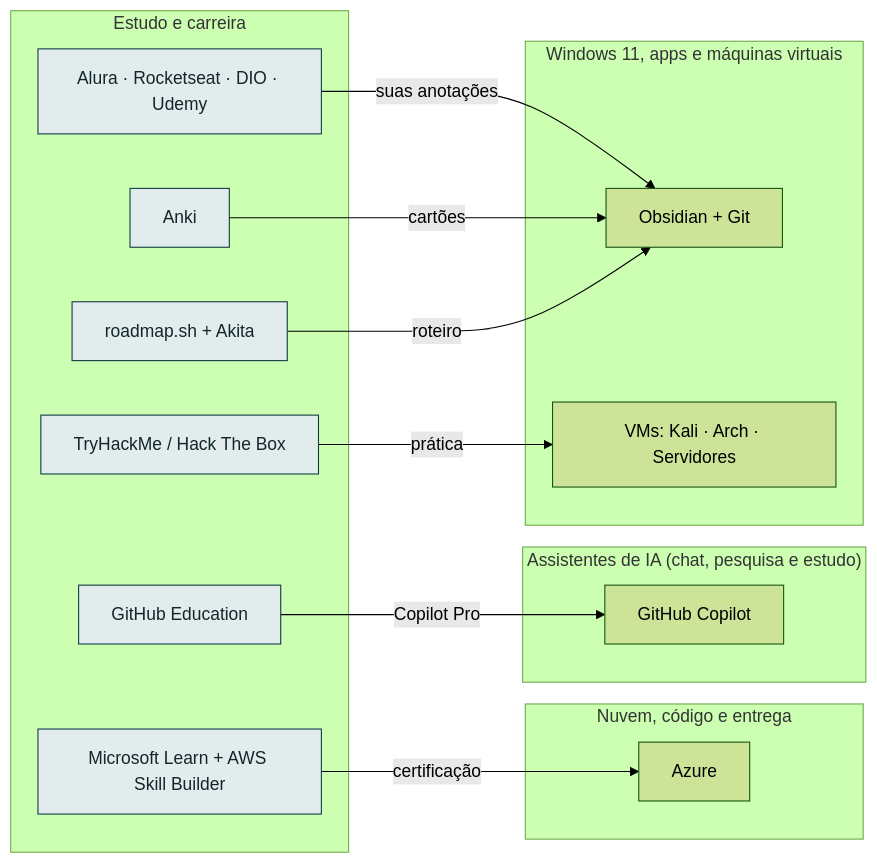
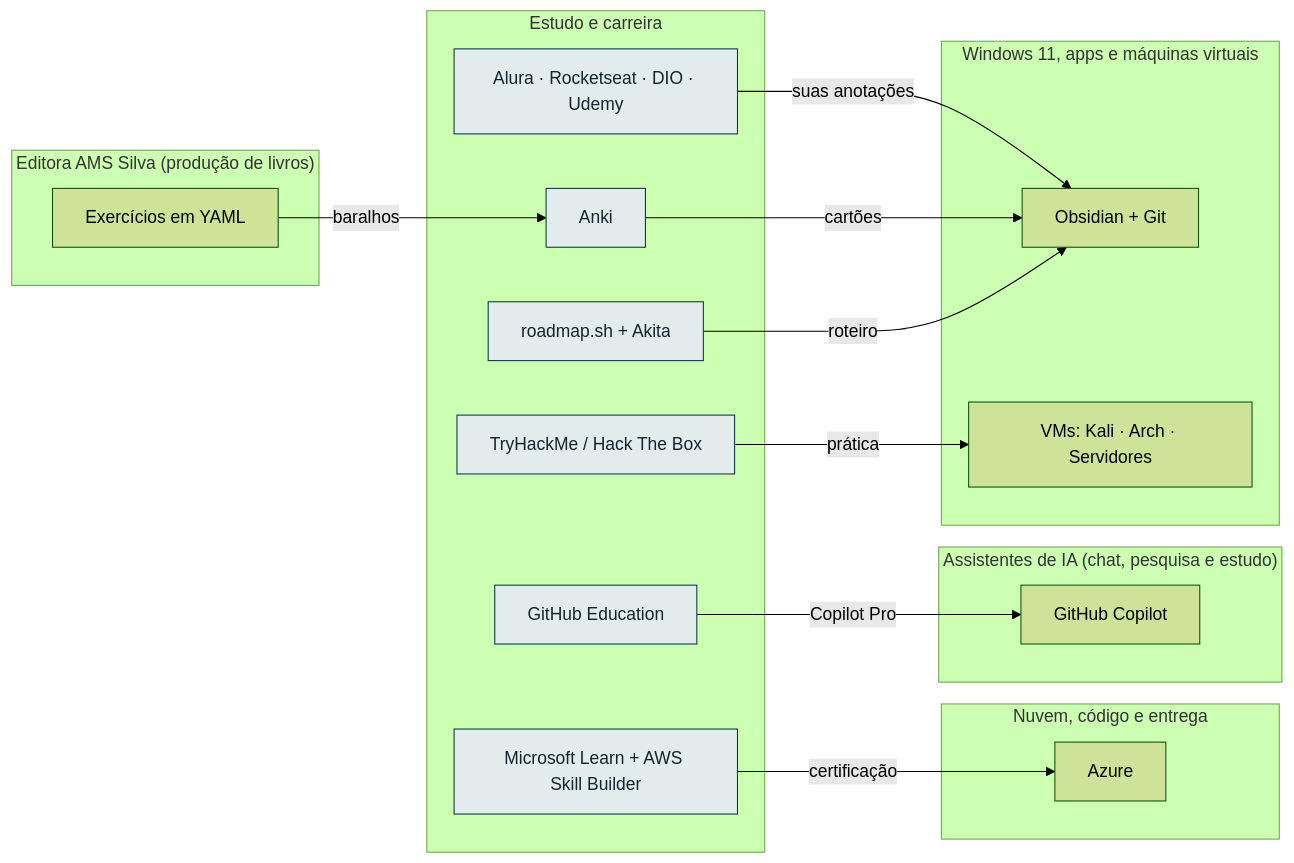
The diagram in docs/camadas/13-est.md (AlanMateus17/dev-setup), drawn with Mermaid (forest theme) before and after one commit. The commit also changed other lines of this file and 39 other files, not shown here.

First line of the commit message:
feat: Editora AMS Silva dentro do setup

````diff
--- a/docs/camadas/13-est.md
+++ b/docs/camadas/13-est.md
@@ -14,29 +14,33 @@
 ```mermaid
 flowchart LR
   subgraph L_est["Estudo e carreira"]
     n_learn["Microsoft Learn + AWS Skill Builder"]
     n_thm["TryHackMe / Hack The Box"]
     n_plat["Alura · Rocketseat · DIO · Udemy"]
     n_anki["Anki"]
     n_road["roadmap.sh + Akita"]
     n_ghed["GitHub Education"]
+  end
+  subgraph L_editora["Editora AMS Silva (produção de livros)"]
+    n_exyaml["Exercícios em YAML"]
   end
   subgraph L_nuvem["Nuvem, código e entrega"]
     n_azure["Azure"]
   end
   subgraph L_chat["Assistentes de IA (chat, pesquisa e estudo)"]
     n_copi["GitHub Copilot"]
   end
   subgraph L_win["Windows 11, apps e máquinas virtuais"]
     n_obsd["Obsidian + Git"]
     n_vms["VMs: Kali · Arch · Servidores"]
   end
   n_learn -->|"certificação"| n_azure
   n_thm -->|"prática"| n_vms
   n_plat -->|"suas anotações"| n_obsd
   n_anki -->|"cartões"| n_obsd
+  n_exyaml -->|"baralhos"| n_anki
   n_road -->|"roteiro"| n_obsd
   n_ghed -->|"Copilot Pro"| n_copi
   classDef desta fill:#e2ecec,stroke:#0e3a45,color:#13262b
   class n_learn,n_thm,n_plat,n_anki,n_road,n_ghed desta
 ```
````
